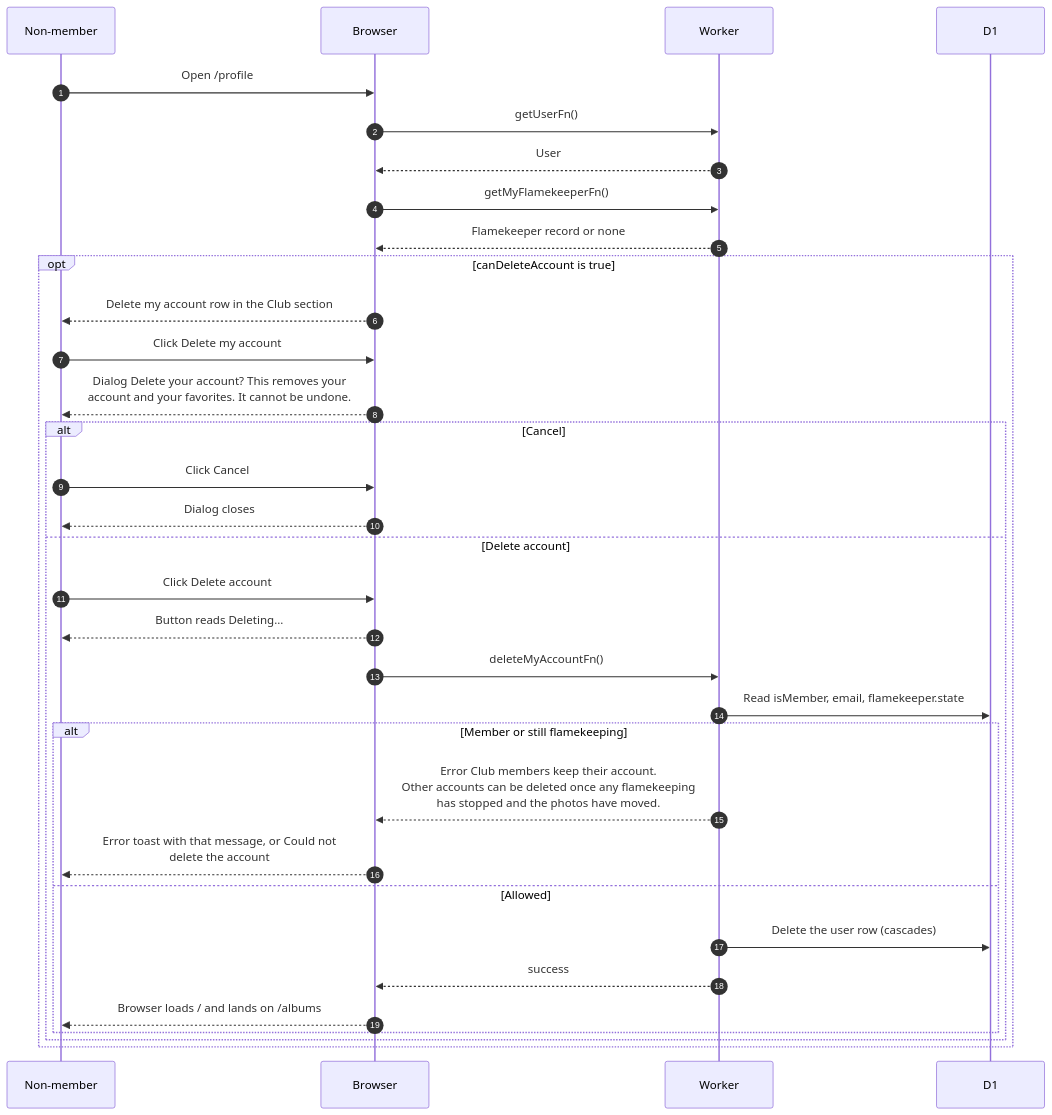
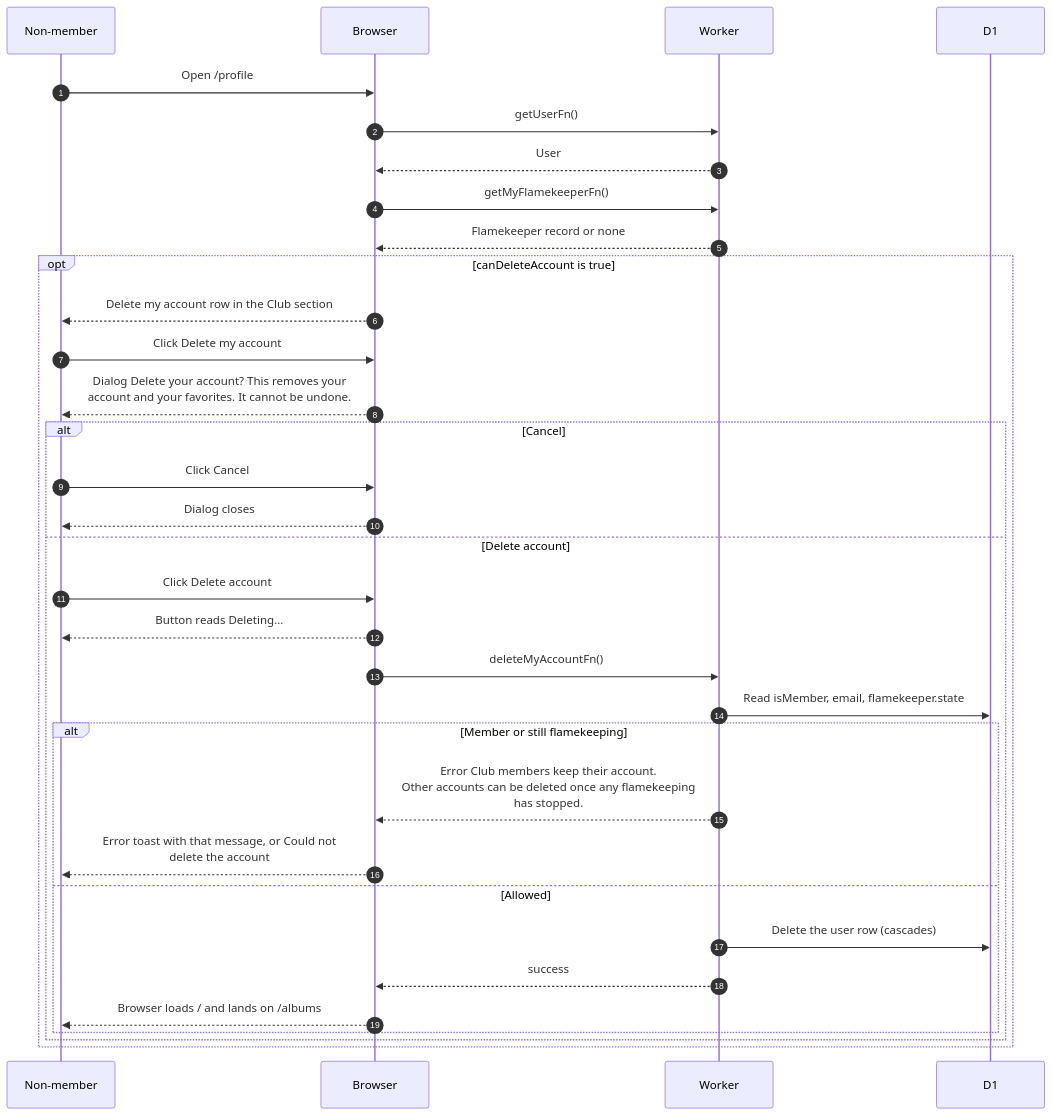
Before and after one commit to sagyzdop/meriksirat: the diagram in docs/scenarios/account/delete-account.md, drawn with Mermaid. The commit also changed other lines of this file and 74 other files, not shown here.

````diff
--- a/docs/scenarios/account/delete-account.md
+++ b/docs/scenarios/account/delete-account.md
@@ -28,35 +24,35 @@
 ```mermaid
 sequenceDiagram
     autonumber
     participant P as Non-member
     participant B as Browser
     participant W as Worker
     participant D as D1
     P->>B: Open /profile
     B->>W: getUserFn()
     W-->>B: User
     B->>W: getMyFlamekeeperFn()
     W-->>B: Flamekeeper record or none
     opt canDeleteAccount is true
         B-->>P: Delete my account row in the Club section
         P->>B: Click Delete my account
         B-->>P: Dialog Delete your account? This removes your<br/>account and your favorites. It cannot be undone.
         alt Cancel
             P->>B: Click Cancel
             B-->>P: Dialog closes
         else Delete account
             P->>B: Click Delete account
             B-->>P: Button reads Deleting...
             B->>W: deleteMyAccountFn()
             W->>D: Read isMember, email, flamekeeper.state
             alt Member or still flamekeeping
-                W-->>B: Error Club members keep their account.<br/>Other accounts can be deleted once any flamekeeping<br/>has stopped and the photos have moved.
+                W-->>B: Error Club members keep their account.<br/>Other accounts can be deleted once any flamekeeping<br/>has stopped.
                 B-->>P: Error toast with that message, or Could not<br/>delete the account
             else Allowed
                 W->>D: Delete the user row (cascades)
                 W-->>B: success
                 B-->>P: Browser loads / and lands on /albums
             end
         end
     end
 ```
````
